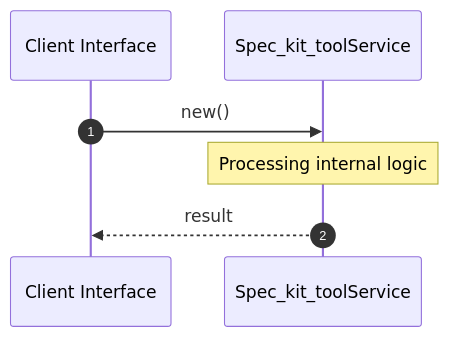
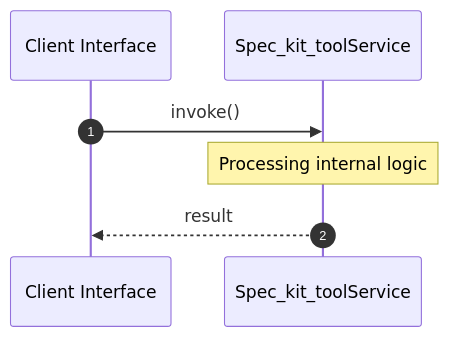
The second of 2 diagrams in openwiki/crates_factory-mcp-server_src_tools_spec_kit_tool_rs.md (lgcorzo/rust_CACD_autonomous_factory), drawn with Mermaid before and after one commit. The commit also changed other lines of this file and 76 other files, not shown here.

````diff
--- a/openwiki/crates_factory-mcp-server_src_tools_spec_kit_tool_rs.md
+++ b/openwiki/crates_factory-mcp-server_src_tools_spec_kit_tool_rs.md
@@ -296,10 +296,10 @@
 ```mermaid
 sequenceDiagram
     autonumber
     participant Caller as Client Interface
     participant Svc as Spec_kit_toolService
-    Caller->>Svc: new()
+    Caller->>Svc: invoke()
     Note over Svc: Processing internal logic
     Svc-->>Caller: result
 
 ```
````
